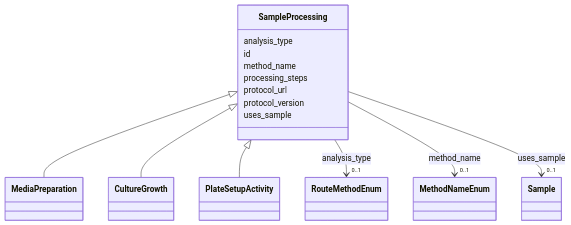
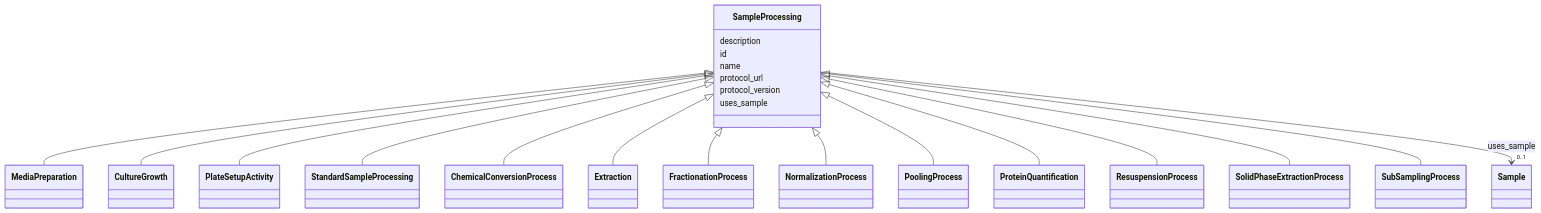
Before and after one commit to EMSL-Computing/BASALT-Schema: the diagram in docs/elements/SampleProcessing.md, drawn with Mermaid. The commit also changed other lines of this file and 550 other files, not shown here.

````diff
--- a/docs/elements/SampleProcessing.md
+++ b/docs/elements/SampleProcessing.md
@@ -22,54 +22,54 @@
 ```mermaid
  classDiagram
     class SampleProcessing
     click SampleProcessing href "../SampleProcessing/"
       SampleProcessing <|-- MediaPreparation
         click MediaPreparation href "../MediaPreparation/"
       SampleProcessing <|-- CultureGrowth
         click CultureGrowth href "../CultureGrowth/"
       SampleProcessing <|-- PlateSetupActivity
         click PlateSetupActivity href "../PlateSetupActivity/"
+      SampleProcessing <|-- StandardSampleProcessing
+        click StandardSampleProcessing href "../StandardSampleProcessing/"
+      SampleProcessing <|-- ChemicalConversionProcess
+        click ChemicalConversionProcess href "../ChemicalConversionProcess/"
+      SampleProcessing <|-- Extraction
+        click Extraction href "../Extraction/"
+      SampleProcessing <|-- FractionationProcess
+        click FractionationProcess href "../FractionationProcess/"
+      SampleProcessing <|-- NormalizationProcess
+        click NormalizationProcess href "../NormalizationProcess/"
+      SampleProcessing <|-- PoolingProcess
+        click PoolingProcess href "../PoolingProcess/"
+      SampleProcessing <|-- ProteinQuantification
+        click ProteinQuantification href "../ProteinQuantification/"
+      SampleProcessing <|-- ResuspensionProcess
+        click ResuspensionProcess href "../ResuspensionProcess/"
+      SampleProcessing <|-- SolidPhaseExtractionProcess
+        click SolidPhaseExtractionProcess href "../SolidPhaseExtractionProcess/"
+      SampleProcessing <|-- SubSamplingProcess
+        click SubSamplingProcess href "../SubSamplingProcess/"
       
-      SampleProcessing : analysis_type
-        
-          
-    
-        
-        
-        SampleProcessing --> "0..1" RouteMethodEnum : analysis_type
-        click RouteMethodEnum href "../RouteMethodEnum/"
-    
-
+      SampleProcessing : description
         
       SampleProcessing : id
         
-      SampleProcessing : method_name
-        
-          
-    
-        
-        
-        SampleProcessing --> "0..1" MethodNameEnum : method_name
-        click MethodNameEnum href "../MethodNameEnum/"
-    
-
-        
-      SampleProcessing : processing_steps
+      SampleProcessing : name
         
       SampleProcessing : protocol_url
         
       SampleProcessing : protocol_version
         
       SampleProcessing : uses_sample
         
           
     
         
         
         SampleProcessing --> "0..1" Sample : uses_sample
         click Sample href "../Sample/"
     
 
         
       
 ```
````
